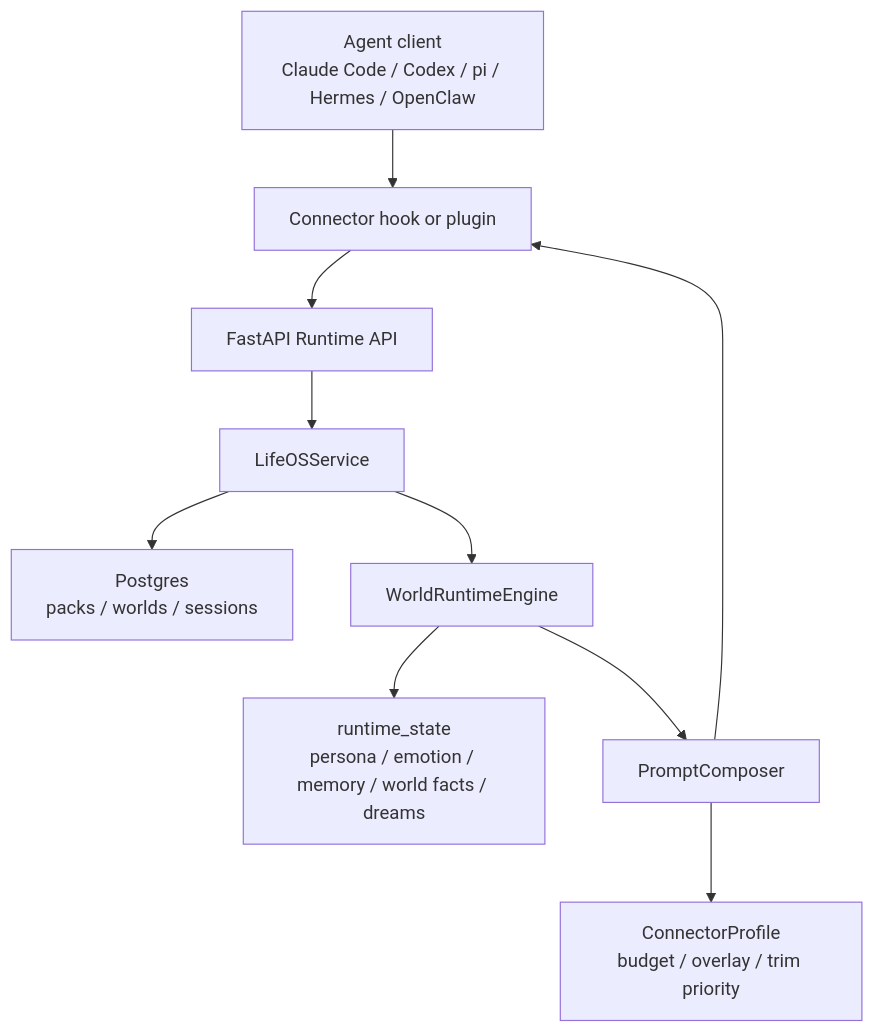
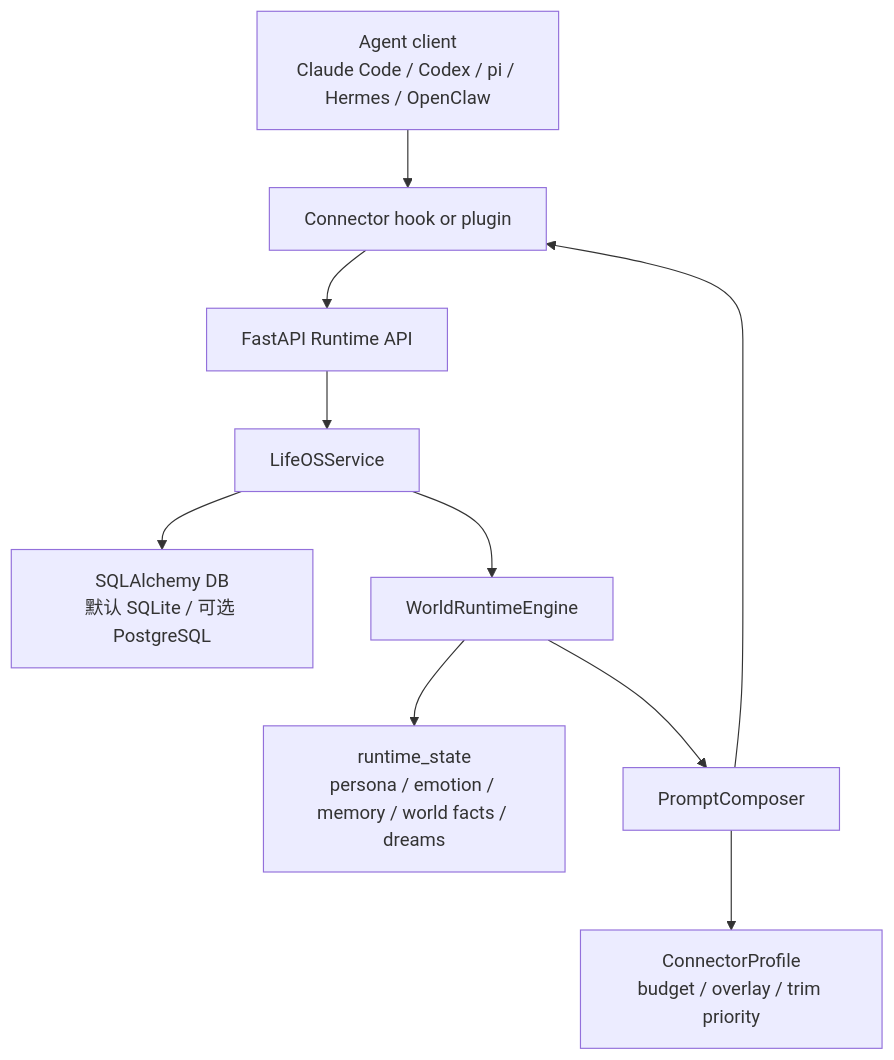
Before and after one commit to Taiyi-AI-Lab/LifeOSHarness: the diagram in readme_zh.md, drawn with Mermaid. The commit also changed other lines of this file and 28 other files, not shown here.

````diff
--- a/readme_zh.md
+++ b/readme_zh.md
@@ -21,12 +21,12 @@
 ```mermaid
 flowchart TD
     Client["Agent client<br/>Claude Code / Codex / pi / Hermes / OpenClaw"] --> Connector["Connector hook or plugin"]
     Connector --> API["FastAPI Runtime API"]
     API --> Service["LifeOSService"]
-    Service --> DB["Postgres<br/>packs / worlds / sessions"]
+    Service --> DB["SQLAlchemy DB<br/>默认 SQLite / 可选 PostgreSQL"]
     Service --> Engine["WorldRuntimeEngine"]
     Engine --> State["runtime_state<br/>persona / emotion / memory / world facts / dreams"]
     Engine --> Composer["PromptComposer"]
     Composer --> Profile["ConnectorProfile<br/>budget / overlay / trim priority"]
     Composer --> Connector
 ```
````
